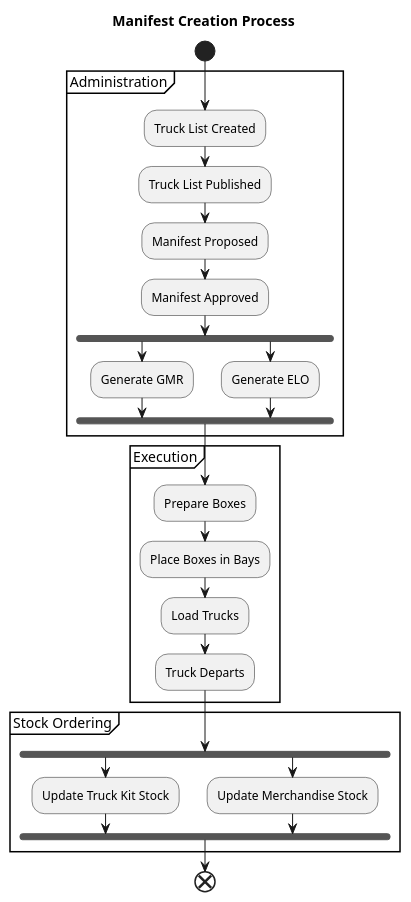
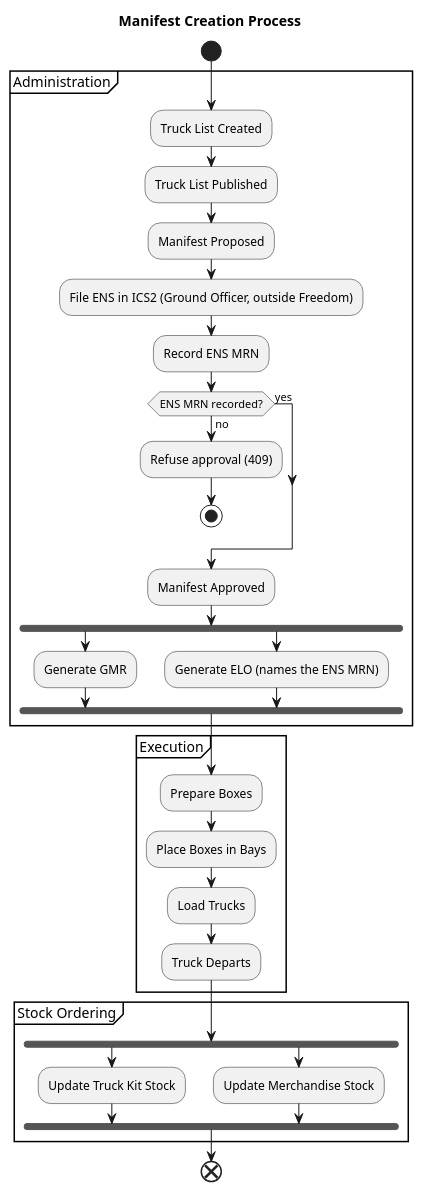
One commit to TheLastColonial/UA.Action.Freedom changed the diagram in docs/process.puml. Above: the diagram before and after it, drawn with PlantUML. The commit also changed 124 other files, not shown here.

```diff
--- a/docs/process.puml
+++ b/docs/process.puml
@@ -1,43 +1,59 @@
 @startuml Manifest Creation Process
 
 title Manifest Creation Process
 
 start
 
 group Administration {
     
     :Truck List Created;
     :Truck List Published;
     :Manifest Proposed;
+
+    ' The ENS comes first, and not as part of the fork below: the ELO pairs the crossing against
+    ' its MRN, so there is nothing to generate without one. Filed outside Freedom, in the EU
+    ' Customs Trader Portal, because ICS2's Shared Trader Interface speaks eDelivery AS4 and we
+    ' expose no inbound endpoint (recommendations 4.1). See docs/adr/0003.
+    :File ENS in ICS2 (Ground Officer, outside Freedom);
+    :Record ENS MRN;
+
+    if (ENS MRN recorded?) then (no)
+        ' Refused before the freeze, unlike every other check on approval: a manifest frozen with
+        ' no declaration is frozen for ever against an envelope customs will never issue.
+        :Refuse approval (409);
+        stop
+    else (yes)
+    endif
+
     :Manifest Approved;
 
     fork
         :Generate GMR;
     fork again
-        :Generate ELO;
+        :Generate ELO (names the ENS MRN);
     end fork
 
 }
 
 group Execution {
 
     :Prepare Boxes;
     :Place Boxes in Bays;
     :Load Trucks;
     :Truck Departs;
 
 }
 
 group Stock Ordering {
 
     fork
         :Update Truck Kit Stock;
     fork again
         :Update Merchandise Stock;
     end fork
 
 }
 
 end
 
 @enduml
```
